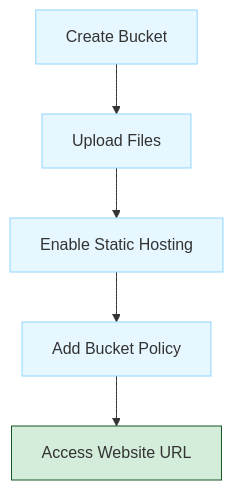
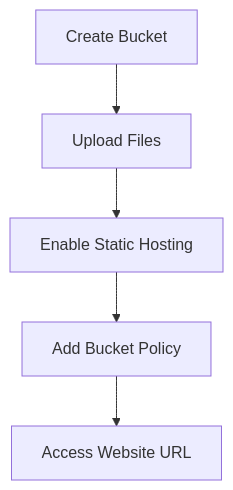
Before and after one commit to sujith-eag/sujith-library: the second of 3 diagrams in docs/dev-cloud/cclab/lab_4.md, drawn with Mermaid. The commit also changed other lines of this file and 41 other files, not shown here.

First line of the commit message:
Refactor diagrams and remove redundant styles in documentation

````diff
--- a/docs/dev-cloud/cclab/lab_4.md
+++ b/docs/dev-cloud/cclab/lab_4.md
@@ -47,13 +41,7 @@
 ```mermaid
 flowchart TD
     Create[Create Bucket] --> Upload[Upload Files]
     Upload --> Enable[Enable Static Hosting]
     Enable --> Policy[Add Bucket Policy]
     Policy --> Access[Access Website URL]
-
-    classDef process fill:#e6f7ff,stroke:#91d5ff
-    classDef success fill:#d4edda,stroke:#155724
-
-    class Create,Upload,Enable,Policy process
-    class Access success
 ```
````
